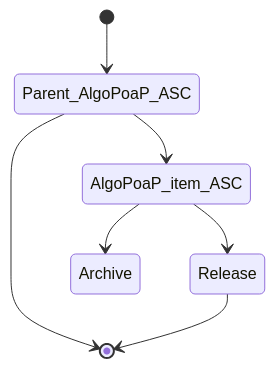
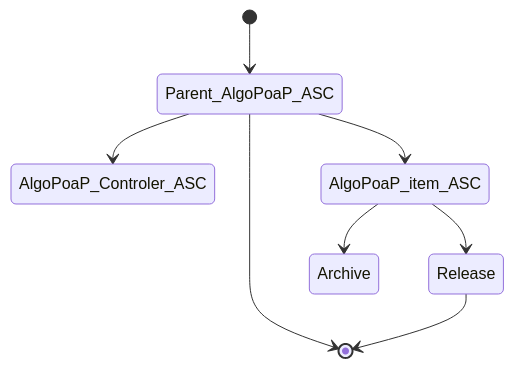
Before and after one commit to Sun-C0ffee/algopoap-smartcontracts: the second of 2 diagrams in README.md, drawn with Mermaid. The commit also changed other lines of this file, not shown here.

````diff
--- a/README.md
+++ b/README.md
@@ -24,10 +26,11 @@
 ```mermaid
   stateDiagram-v2
     [*] --> Parent_AlgoPoaP_ASC
     Parent_AlgoPoaP_ASC --> [*]
-
+    Parent_AlgoPoaP_ASC --> AlgoPoaP_Controler_ASC
     Parent_AlgoPoaP_ASC --> AlgoPoaP_item_ASC
+    
     AlgoPoaP_item_ASC --> Release
     AlgoPoaP_item_ASC --> Archive
     Release --> [*]
 ```
````
